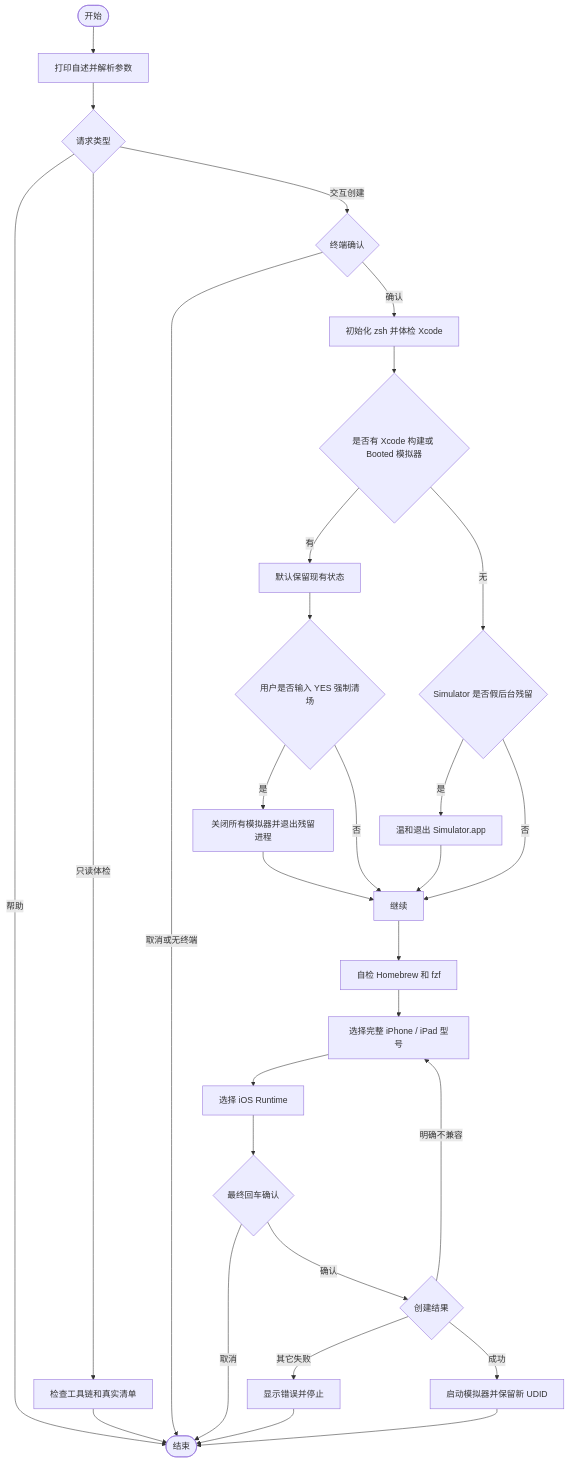
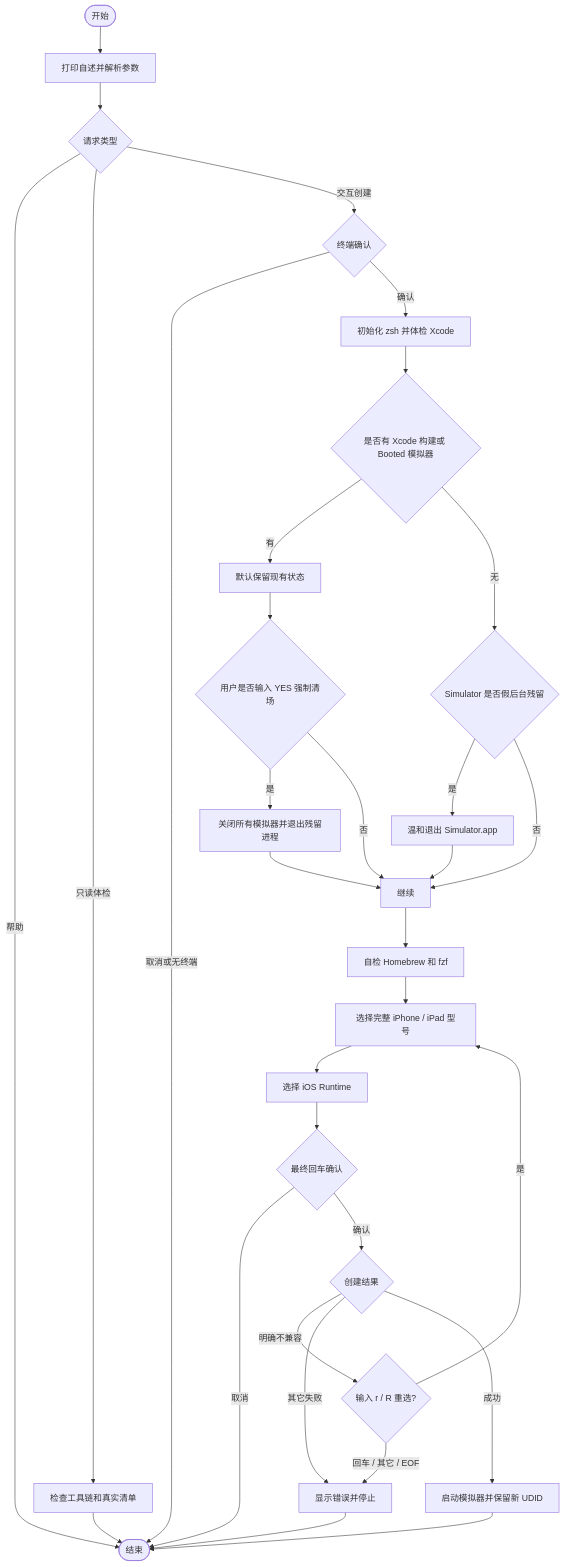
Before and after one commit to JobsKits/JobsCommand-iOS: the diagram in 其他/【MacOS】📱双击初始化iOS模拟器.command/README.md, drawn with Mermaid. The commit also changed other lines of this file and 1 other file, not shown here.

````diff
--- a/其他/【MacOS】📱双击初始化iOS模拟器.command/README.md
+++ b/其他/【MacOS】📱双击初始化iOS模拟器.command/README.md
@@ -134,32 +135,34 @@
 ```mermaid
 graph TD
   A([开始]) --> B[打印自述并解析参数]
   B --> U{请求类型}
   U -->|帮助| P
   U -->|只读体检| T[检查工具链和真实清单]
   T --> P
   U -->|交互创建| V{终端确认}
   V -->|取消或无终端| P
   V -->|确认| C[初始化 zsh 并体检 Xcode]
   C --> D{是否有 Xcode 构建或 Booted 模拟器}
   D -->|有| E[默认保留现有状态]
   D -->|无| F{Simulator 是否假后台残留}
   F -->|是| G[温和退出 Simulator.app]
   F -->|否| H[继续]
   E --> I{用户是否输入 YES 强制清场}
   I -->|是| J[关闭所有模拟器并退出残留进程]
   I -->|否| H
   G --> H
   J --> H
   H --> K[自检 Homebrew 和 fzf]
   K --> L[选择完整 iPhone / iPad 型号]
   L --> M[选择 iOS Runtime]
   M --> Q{最终回车确认}
   Q -->|取消| P
   Q -->|确认| N{创建结果}
-  N -->|明确不兼容| L
+  N -->|明确不兼容| W{输入 r / R 重选?}
+  W -->|是| L
+  W -->|回车 / 其它 / EOF| R
   N -->|其它失败| R[显示错误并停止]
   R --> P
   N -->|成功| O[启动模拟器并保留新 UDID]
   O --> P([结束])
 ```
````
